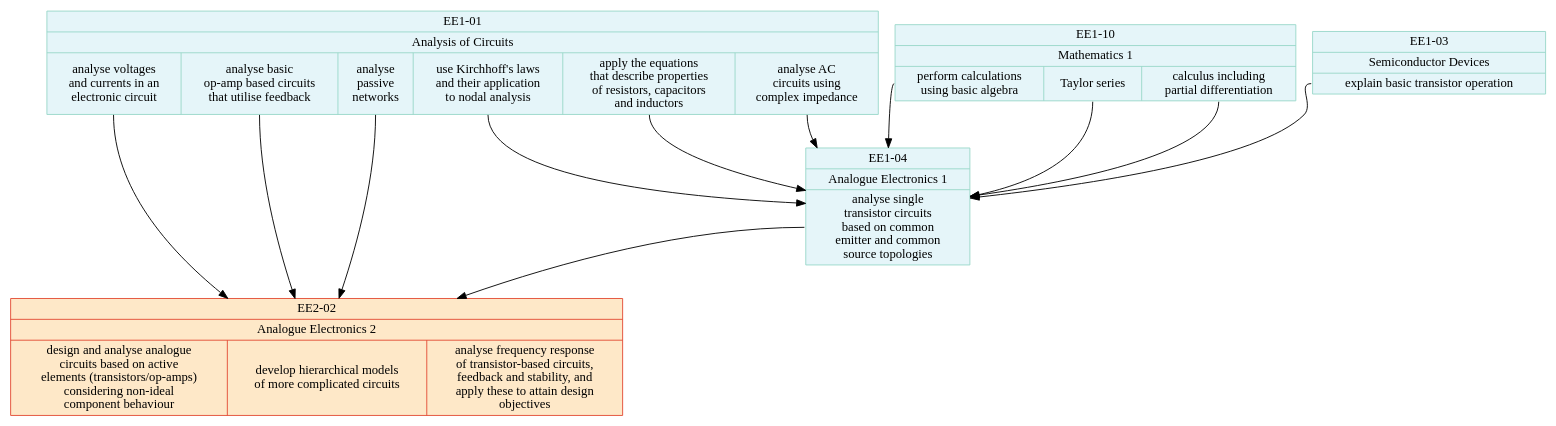
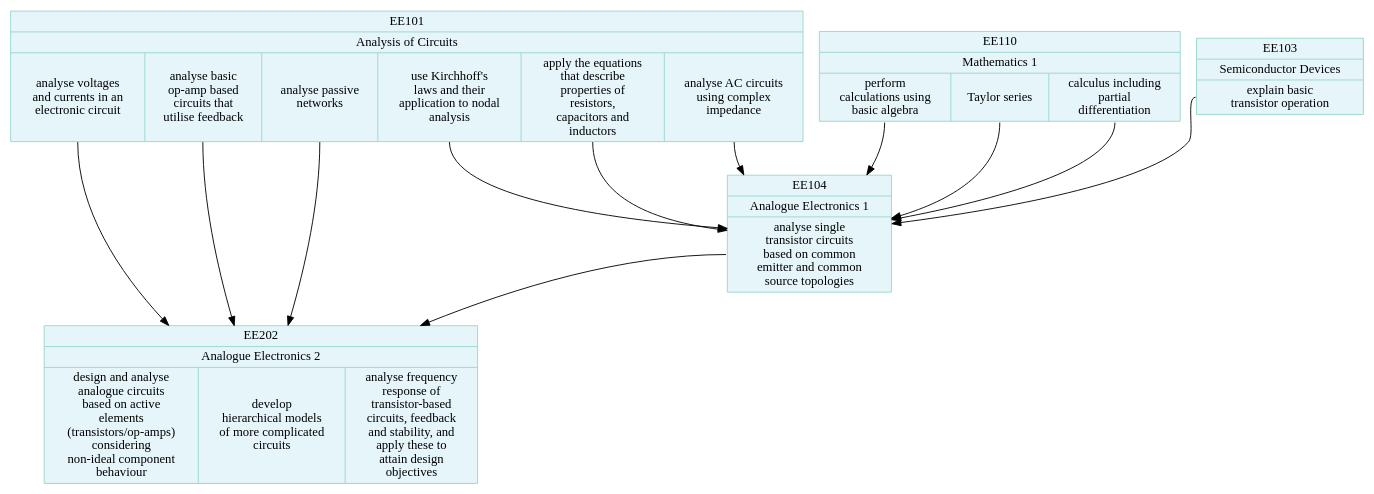
One commit to johnwickerson/ee_modules changed the diagram in modules.dot. Above: the diagram before and after it, drawn with Graphviz. The commit also changed 6 other files, not shown here.

```diff
--- a/modules.dot
+++ b/modules.dot
@@ -1,48 +1,43 @@
 digraph {
-    
-    node[shape=record, style="filled"];
-    node[color="#99d8c9", fillcolor="#e5f5f9"];
-    
-    EE101 [label="{EE1-01 | Analysis of Circuits | {
-        <1>analyse voltages\nand currents in an\nelectronic circuit | 
-        <2>analyse basic\nop-amp based circuits\nthat utilise feedback | 
-        <3>analyse\npassive\nnetworks |
-        <4>use Kirchhoff's laws\nand their application\nto nodal analysis |
-        <5>apply the equations\nthat describe properties\nof resistors, capacitors\nand inductors |
-        <6>analyse AC\ncircuits using\ncomplex impedance
-    }}"];
+  node[shape=record, style="filled"];
+  node[color="#99d8c9", fillcolor="#e5f5f9"];
+  EE101 [label="{EE101 | Analysis of Circuits | {
+    <1>analyse voltages\nand currents in an\nelectronic circuit |
+    <2>analyse basic\nop-amp based\ncircuits that\nutilise feedback |
+    <3>analyse passive\nnetworks |
+    <4>use Kirchhoff's\nlaws and their\napplication to nodal\nanalysis |
+    <5>apply the equations\nthat describe\nproperties of\nresistors,\ncapacitors and\ninductors |
+    <6>analyse AC circuits\nusing complex\nimpedance
+  }}"];
 
-    EE110 [label="{EE1-10 | Mathematics 1 | {
-        <1>perform calculations\nusing basic algebra |
-	<2>Taylor series |
-	<3>calculus including\npartial differentiation
-    }}"];
+  EE110 [label="{EE110 | Mathematics 1 | {
+    <1>perform\ncalculations using\nbasic algebra |
+    <2>Taylor series |
+    <3>calculus including\npartial\ndifferentiation
+  }}"];
 
-    EE103 [label="{EE1-03 | Semiconductor Devices | {
-        <1>explain basic transistor operation
-    }}"];
-    
-    EE104 [label="{EE1-04 | Analogue Electronics 1 | {
-        <1>analyse single\ntransistor circuits\nbased on common\nemitter and common\nsource topologies
-    }}"];
-    EE101:4 -> EE104;
-    EE101:5 -> EE104;
-    EE101:6 -> EE104;
-    EE110:1 -> EE104;
-    EE110:2 -> EE104;
-    EE110:3 -> EE104;
-    EE103:1 -> EE104;
+  EE103 [label="{EE103 | Semiconductor Devices | {
+    <1>explain basic\ntransistor operation
+  }}"];
 
-    node[color="#e34a33", fillcolor="#fee8c8"];
+  EE104 [label="{EE104 | Analogue Electronics 1 | {
+    <1>analyse single\ntransistor circuits\nbased on common\nemitter and common\nsource topologies
+  }}"];
+  EE101:4 -> EE104;
+  EE101:5 -> EE104;
+  EE101:6 -> EE104;
+  EE110:1 -> EE104;
+  EE110:2 -> EE104;
+  EE110:3 -> EE104;
+  EE103:1 -> EE104;
 
-    EE202 [label="{EE2-02 | Analogue Electronics 2 | {
-        <1>design and analyse analogue\ncircuits based on active\nelements (transistors/op-amps)\nconsidering non-ideal\ncomponent behaviour |
-        <2>develop hierarchical models\nof more complicated circuits |
-        <3>analyse frequency response\nof transistor-based circuits,\nfeedback and stability, and\napply these to attain design\nobjectives
-    }}"];
-    EE101:1 -> EE202;
-    EE101:2 -> EE202;
-    EE101:3 -> EE202;
-    EE104:1 -> EE202;
-
+  EE202 [label="{EE202 | Analogue Electronics 2 | {
+    <1>design and analyse\nanalogue circuits\nbased on active\nelements\n(transistors/op-amps)\nconsidering\nnon-ideal component\nbehaviour |
+    <2>develop\nhierarchical models\nof more complicated\ncircuits |
+    <3>analyse frequency\nresponse of\ntransistor-based\ncircuits, feedback\nand stability, and\napply these to\nattain design\nobjectives
+  }}"];
+  EE101:1 -> EE202;
+  EE101:2 -> EE202;
+  EE101:3 -> EE202;
+  EE104:1 -> EE202;
 }
```
